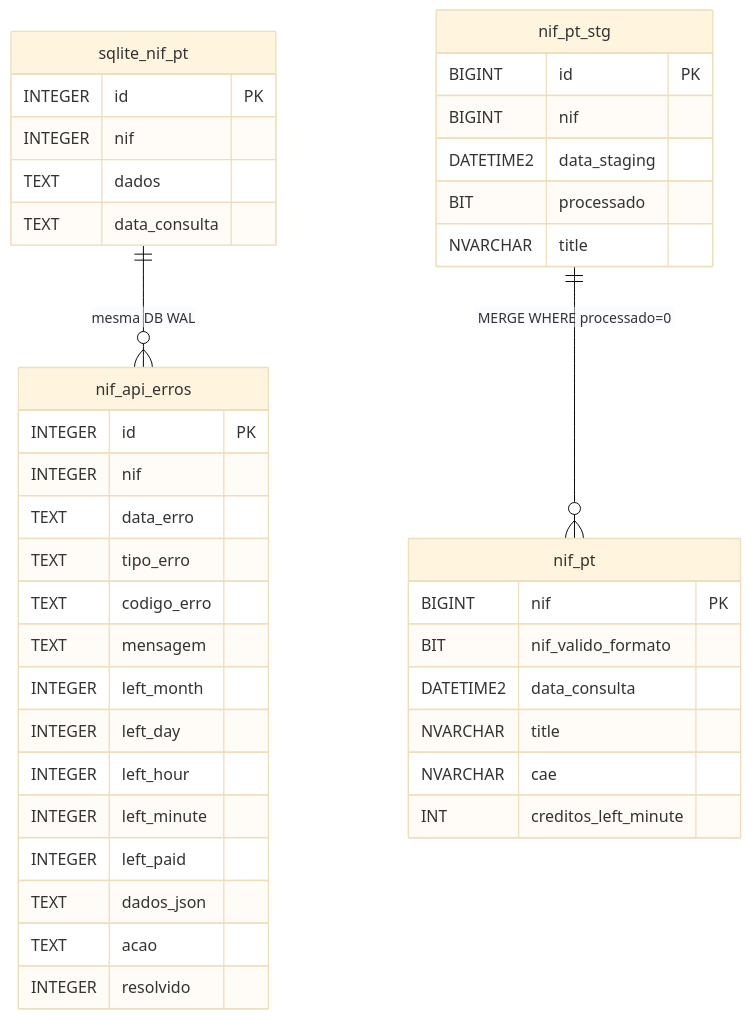
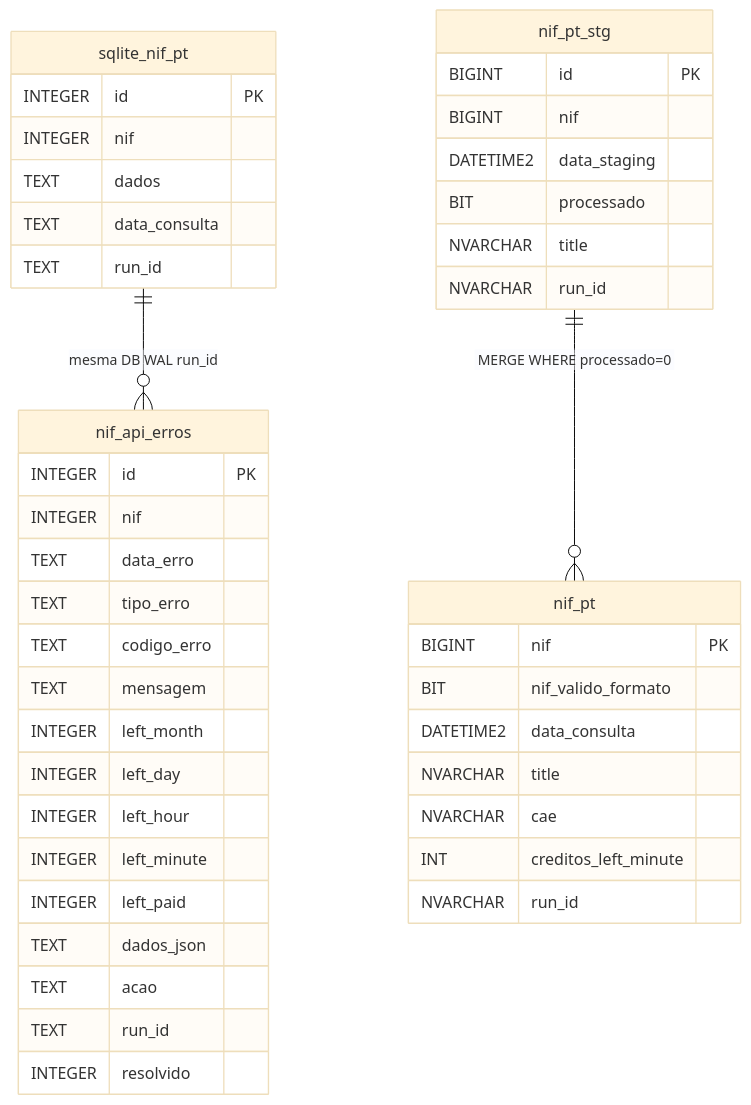
The diagram in docs/database/schema.md (nunoetome/nif-pt), drawn with Mermaid (base theme) before and after one commit. The commit also changed other lines of this file and 13 other files, not shown here.

````diff
--- a/docs/database/schema.md
+++ b/docs/database/schema.md
@@ -7,42 +7,46 @@
 ```mermaid
 erDiagram
     sqlite_nif_pt {
         INTEGER id PK
         INTEGER nif
         TEXT dados
         TEXT data_consulta
+        TEXT run_id
     }
     nif_api_erros {
         INTEGER id PK
         INTEGER nif
         TEXT data_erro
         TEXT tipo_erro
         TEXT codigo_erro
         TEXT mensagem
         INTEGER left_month
         INTEGER left_day
         INTEGER left_hour
         INTEGER left_minute
         INTEGER left_paid
         TEXT dados_json
         TEXT acao
+        TEXT run_id
         INTEGER resolvido
     }
     nif_pt {
         BIGINT nif PK
         BIT nif_valido_formato
         DATETIME2 data_consulta
         NVARCHAR title
         NVARCHAR cae
         INT creditos_left_minute
+        NVARCHAR run_id
     }
     nif_pt_stg {
         BIGINT id PK
         BIGINT nif
         DATETIME2 data_staging
         BIT processado
         NVARCHAR title
+        NVARCHAR run_id
     }
     nif_pt_stg ||--o{ nif_pt : "MERGE WHERE processado=0"
-    sqlite_nif_pt ||--o{ nif_api_erros : "mesma DB WAL"
+    sqlite_nif_pt ||--o{ nif_api_erros : "mesma DB WAL run_id"
 ```
````
